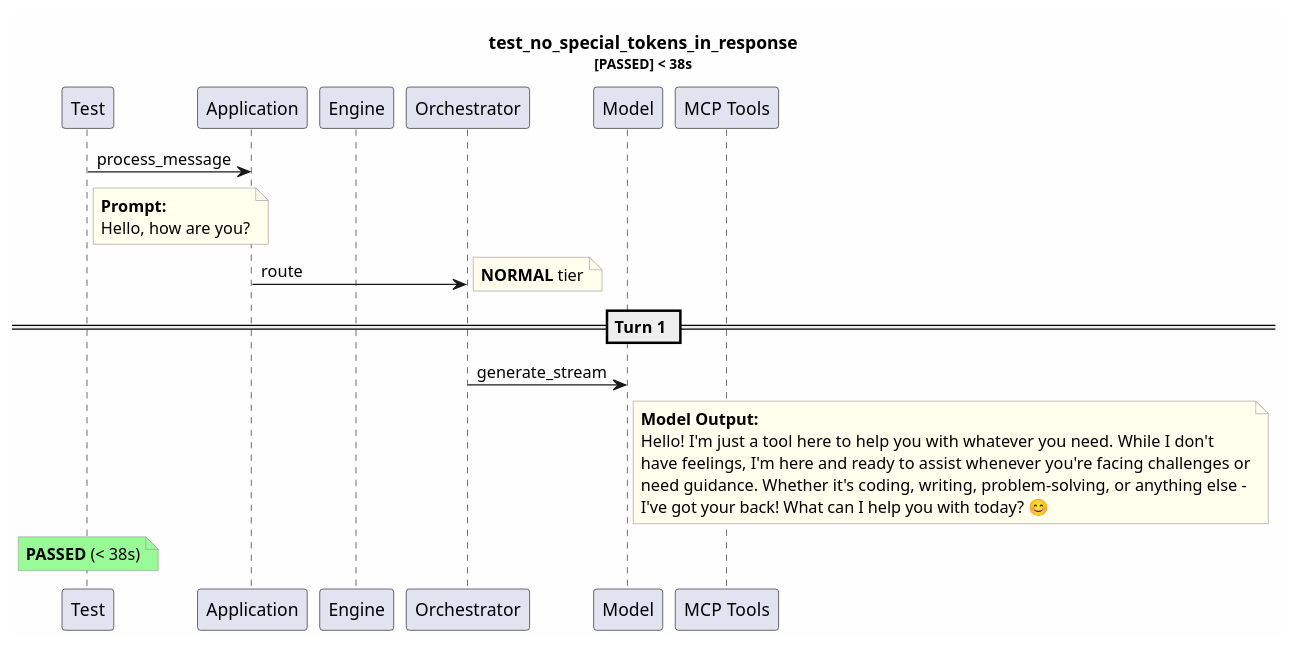
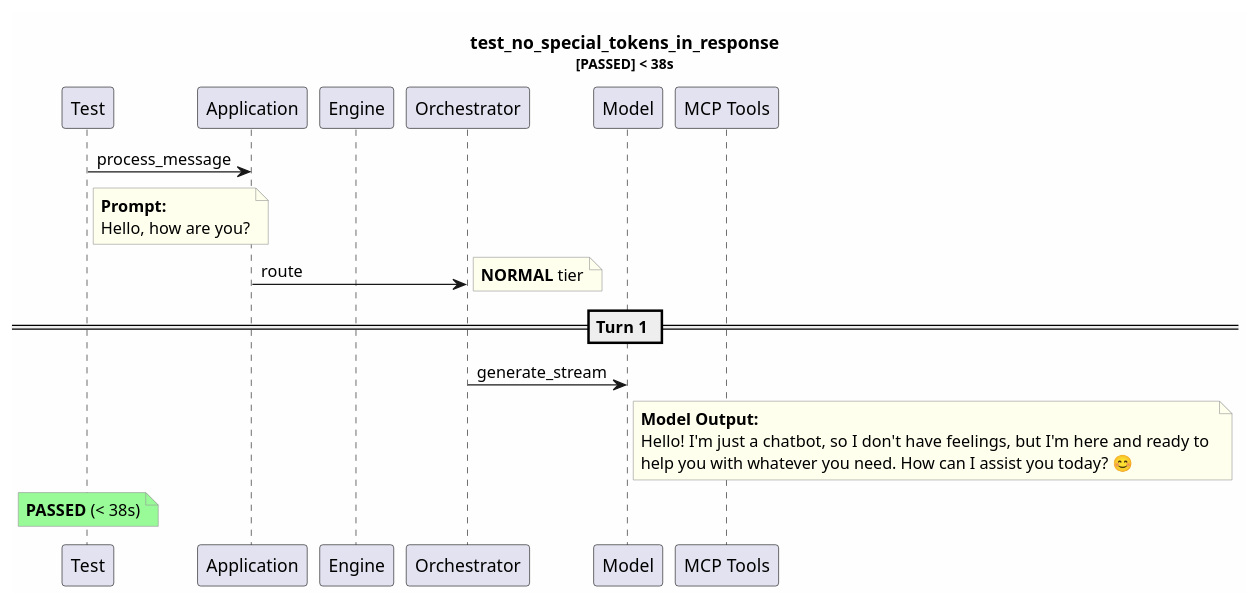
Before and after one commit to tvanfossen/entropic: the diagram in test-reports/logs/test_no_special_tokens_in_response/test_no_special_tokens_in_response.puml, drawn with PlantUML. The commit also changed 75 other files, not shown here.

```diff
--- a/test-reports/logs/test_no_special_tokens_in_response/test_no_special_tokens_in_response.puml
+++ b/test-reports/logs/test_no_special_tokens_in_response/test_no_special_tokens_in_response.puml
@@ -1,34 +1,32 @@
 @startuml
 skinparam backgroundColor #FEFEFE
 skinparam noteBorderColor #999999
 skinparam noteBackgroundColor #FFFFEE
 title test_no_special_tokens_in_response\n<size:11>[PASSED] < 38s</size>
 
 participant "Test" as T
 participant "Application" as App
 participant "Engine" as Eng
 participant "Orchestrator" as Orch
 participant "Model" as Mdl
 participant "MCP Tools" as MCP
 
 T -> App: process_message
 note right of T
   **Prompt:**
   Hello, how are you?
 end note
 App -> Orch: route
 note right: **NORMAL** tier
 == Turn 1 ==
 Orch -> Mdl: generate_stream
 note right of Mdl
   **Model Output:**
-  Hello! I'm just a tool here to help you with whatever you need. While I don't 
-  have feelings, I'm here and ready to assist whenever you're facing challenges or
-  need guidance. Whether it's coding, writing, problem-solving, or anything else -
-  I've got your back! What can I help you with today? 😊
+  Hello! I'm just a chatbot, so I don't have feelings, but I'm here and ready to 
+  help you with whatever you need. How can I assist you today? 😊
 end note
 note over T #palegreen
   **PASSED** (< 38s)
 end note
 
 @enduml
```
